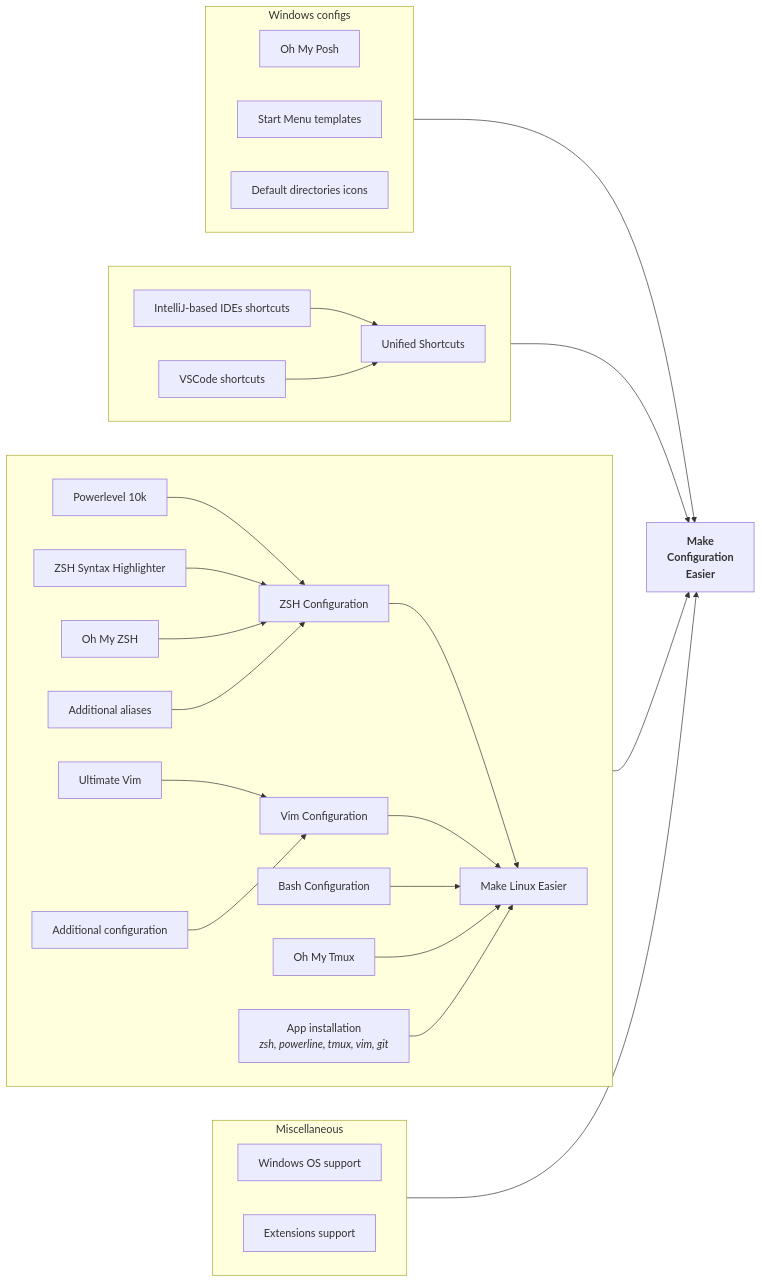
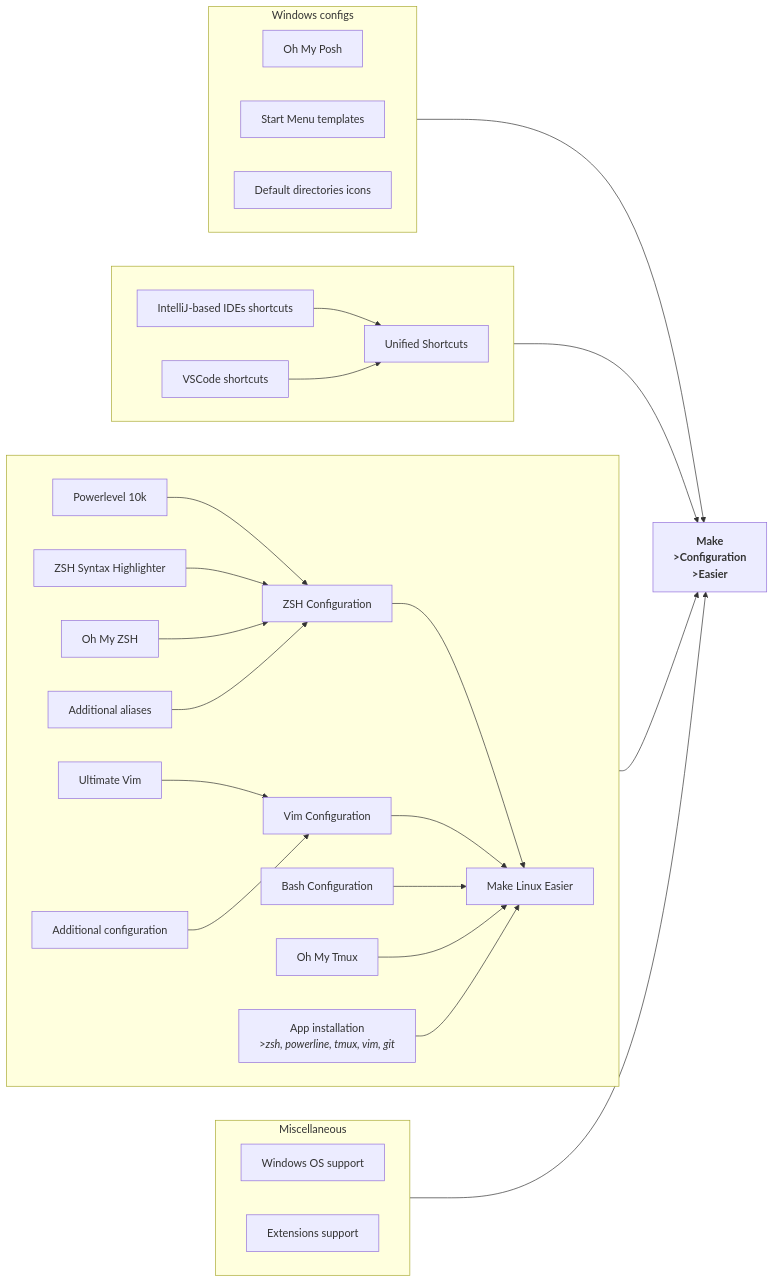
Before and after one commit to Toliak/MCE: the diagram in README.md, drawn with Mermaid. The commit also changed other lines of this file and 11 other files, not shown here.

````diff
--- a/README.md
+++ b/README.md
@@ -5,65 +25,65 @@
 ```mermaid
 graph LR
     subgraph MLE[" "]
         direction LR
         MLE_11["Powerlevel 10k"]
         MLE_12["ZSH Syntax Highlighter"]
         MLE_13["Oh My ZSH"]
         MLE_14["Additional aliases"]
 
         MLE_11 --> MLE_1
         MLE_12 --> MLE_1
         MLE_13 --> MLE_1
         MLE_14 --> MLE_1
         MLE_1["ZSH Configuration"]
 
         MLE_21["Ultimate Vim"]
         MLE_22["Additional configuration"]
 
         MLE_21 --> MLE_2
         MLE_22 --> MLE_2
         MLE_2["Vim Configuration"]
 
         MLE_3["Bash Configuration"]
 
         MLE_4["Oh My Tmux"]
 
-        MLE_5["App installation\n<i>zsh, powerline, tmux, vim, git"]
+        MLE_5["App installation<br>><i>zsh, powerline, tmux, vim, git"]
 
         MLE_1 --> MLE_0
         MLE_2 --> MLE_0
         MLE_3 --> MLE_0
         MLE_4 --> MLE_0
         MLE_5 --> MLE_0
         MLE_0["Make Linux Easier"]
     end
 
     subgraph US[" "]
         direction LR
         US_1["IntelliJ-based IDEs shortcuts"]
         US_2["VSCode shortcuts"]
 
         US_1 --> US_0
         US_2 --> US_0
         US_0["Unified Shortcuts"]
     end
 
     subgraph WIN["Windows configs"]
         direction LR
         WIN_1["Oh My Posh"]
         WIN_2["Start Menu templates"]
         WIN_3["Default directories icons"]
     end
 
     subgraph MISC["Miscellaneous"]
         direction LR
         WIN_0["Windows OS support"]
         EXT["Extensions support"]
     end
 
     WIN --> MCE
     US --> MCE
     MLE --> MCE
     MISC --> MCE
-    MCE["<b>Make\nConfiguration\nEasier</b>"]
+    MCE["<b>Make<br>>Configuration<br>>Easier</b>"]
 ```
````
